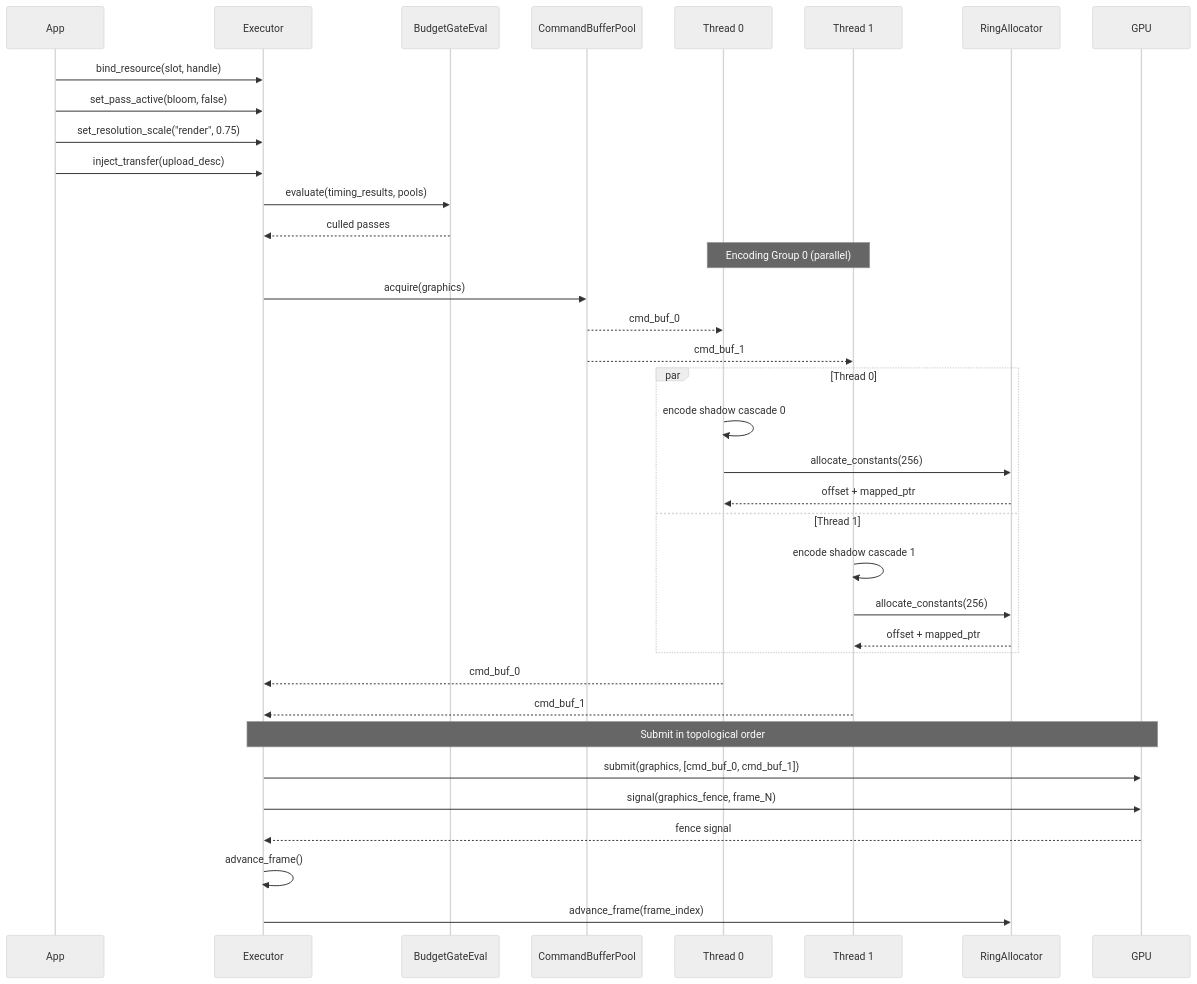
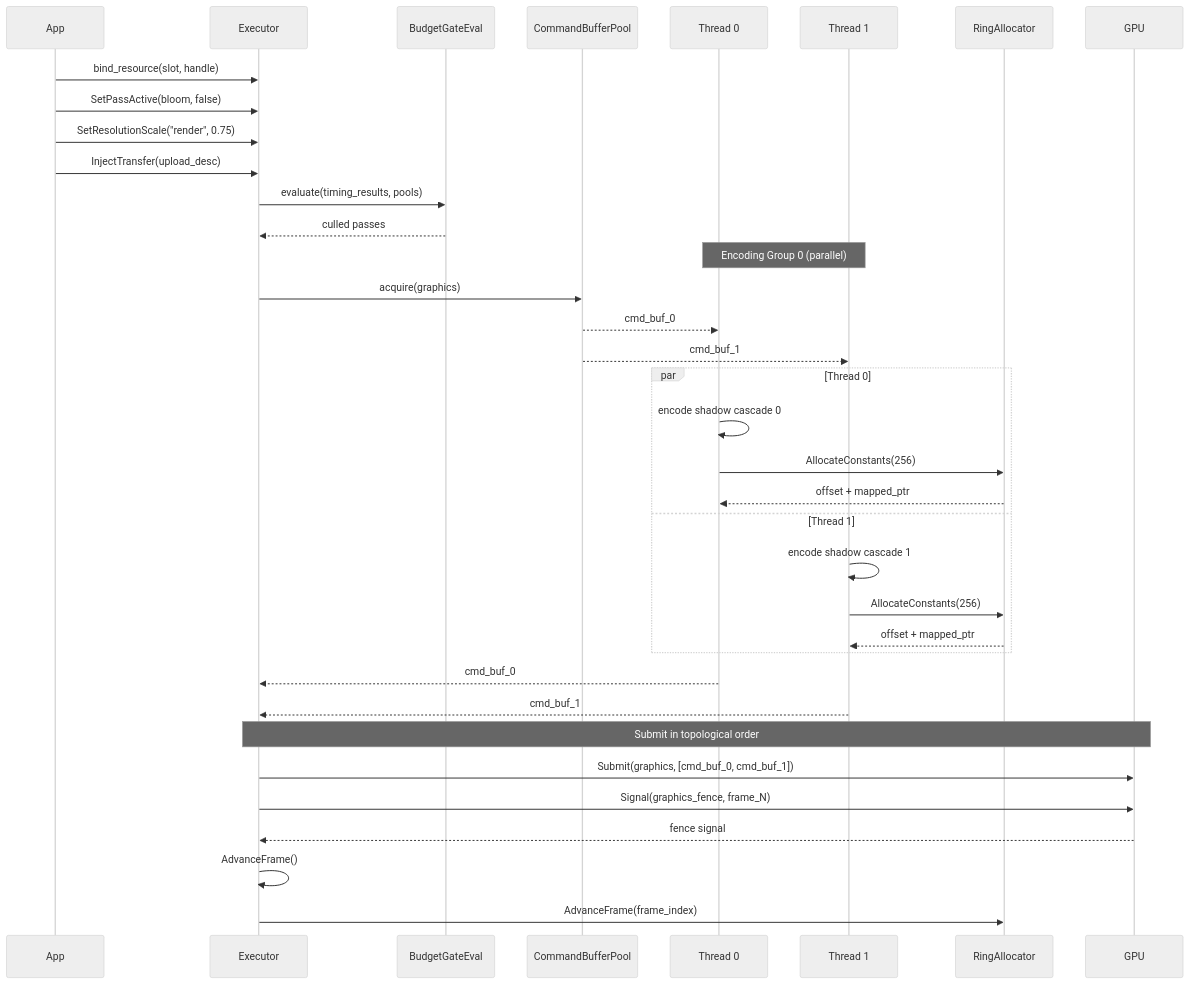
Before and after one commit to harmonius-dev/harmonius: diagram 13 of 15 in docs/design/render-graph-classes.md, drawn with Mermaid (neutral theme). The commit also changed other lines of this file and 67 other files, not shown here.

````diff
--- a/docs/design/render-graph-classes.md
+++ b/docs/design/render-graph-classes.md
@@ -1006,42 +1006,42 @@
 ```mermaid
 sequenceDiagram
     participant App
     participant Exec as Executor
     participant BG as BudgetGateEval
     participant Pool as CommandBufferPool
     participant T0 as Thread 0
     participant T1 as Thread 1
     participant Ring as RingAllocator
     participant GPU
 
     App->>Exec: bind_resource(slot, handle)
-    App->>Exec: set_pass_active(bloom, false)
-    App->>Exec: set_resolution_scale("render", 0.75)
-    App->>Exec: inject_transfer(upload_desc)
+    App->>Exec: SetPassActive(bloom, false)
+    App->>Exec: SetResolutionScale("render", 0.75)
+    App->>Exec: InjectTransfer(upload_desc)
 
     Exec->>BG: evaluate(timing_results, pools)
     BG-->>Exec: culled passes
 
     Note over T0,T1: Encoding Group 0 (parallel)
     Exec->>Pool: acquire(graphics)
     Pool-->>T0: cmd_buf_0
     Pool-->>T1: cmd_buf_1
     par Thread 0
         T0->>T0: encode shadow cascade 0
-        T0->>Ring: allocate_constants(256)
+        T0->>Ring: AllocateConstants(256)
         Ring-->>T0: offset + mapped_ptr
     and Thread 1
         T1->>T1: encode shadow cascade 1
-        T1->>Ring: allocate_constants(256)
+        T1->>Ring: AllocateConstants(256)
         Ring-->>T1: offset + mapped_ptr
     end
     T0-->>Exec: cmd_buf_0
     T1-->>Exec: cmd_buf_1
 
     Note over Exec,GPU: Submit in topological order
-    Exec->>GPU: submit(graphics, [cmd_buf_0, cmd_buf_1])
-    Exec->>GPU: signal(graphics_fence, frame_N)
+    Exec->>GPU: Submit(graphics, [cmd_buf_0, cmd_buf_1])
+    Exec->>GPU: Signal(graphics_fence, frame_N)
     GPU-->>Exec: fence signal
-    Exec->>Exec: advance_frame()
-    Exec->>Ring: advance_frame(frame_index)
+    Exec->>Exec: AdvanceFrame()
+    Exec->>Ring: AdvanceFrame(frame_index)
 ```
````
